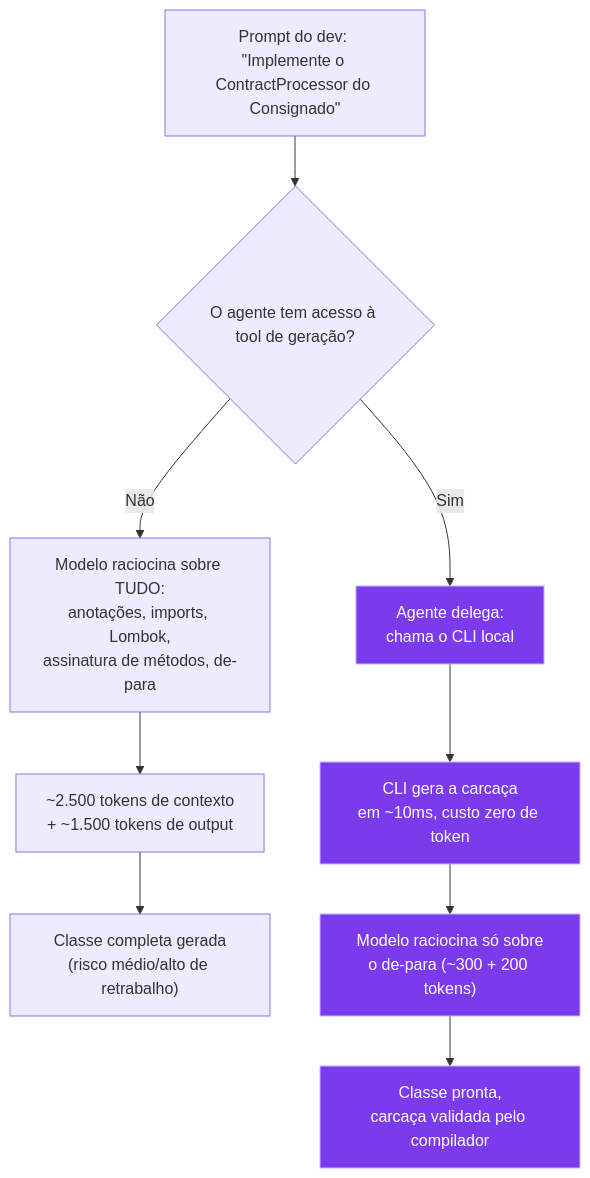
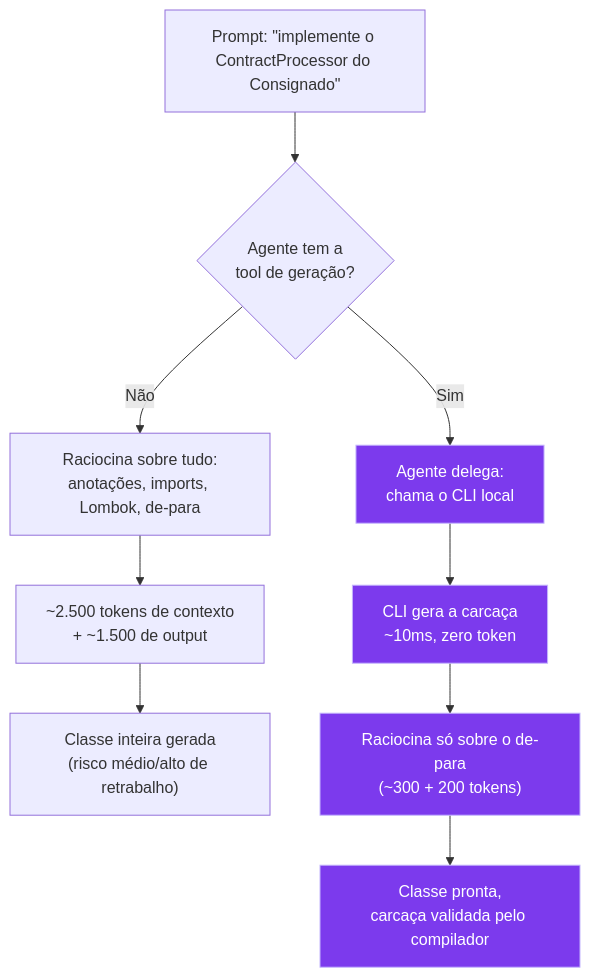
One commit to efagundes93/e1000tech changed the first of 2 diagrams in src/content/blog/devex-virou-centro-de-custo.md. Above: the diagram before and after it, drawn with Mermaid. The commit also changed other lines of this file and 2 other files, not shown here.

Commit message:
fix: diagramas mermaid não ficam mais gigantes
fontSize 18px -> 13px, config de flowchart mais compacta, e um reset que
impede o Tailwind Typography (.prose) de vazar line-height/margens pros
rótulos que o mermaid injeta em <foreignObject> — era isso que cortava a
última linha do texto dos nós. Rótulos dos dois diagramas enxugados.

Claude-Session: https://claude.ai/code/session_018etbTYcV5Kpv8GKwwX2Mw2

````diff
--- a/src/content/blog/devex-virou-centro-de-custo.md
+++ b/src/content/blog/devex-virou-centro-de-custo.md
@@ -167,20 +167,20 @@
 ```mermaid
 flowchart TD
-    P["Prompt do dev: #quot;Implemente o ContractProcessor do Consignado#quot;"]
+    P["Prompt: #quot;implemente o ContractProcessor do Consignado#quot;"]
 
-    P --> A{O agente tem acesso à tool de geração?}
+    P --> A{Agente tem a<br/>tool de geração?}
 
-    A -- Não --> B["Modelo raciocina sobre TUDO:<br/>anotações, imports, Lombok,<br/>assinatura de métodos, de-para"]
-    B --> C["~2.500 tokens de contexto<br/>+ ~1.500 tokens de output"]
-    C --> D["Classe completa gerada<br/>(risco médio/alto de retrabalho)"]
+    A -- Não --> B["Raciocina sobre tudo:<br/>anotações, imports, Lombok, de-para"]
+    B --> C["~2.500 tokens de contexto<br/>+ ~1.500 de output"]
+    C --> D["Classe inteira gerada<br/>(risco médio/alto de retrabalho)"]
 
     A -- Sim --> E["Agente delega:<br/>chama o CLI local"]
-    E --> F["CLI gera a carcaça<br/>em ~10ms, custo zero de token"]
-    F --> G["Modelo raciocina só sobre<br/>o de-para (~300 + 200 tokens)"]
+    E --> F["CLI gera a carcaça<br/>~10ms, zero token"]
+    F --> G["Raciocina só sobre o de-para<br/>(~300 + 200 tokens)"]
     G --> H["Classe pronta,<br/>carcaça validada pelo compilador"]
 
     style E fill:#7c3aed,stroke:#c4b5fd,stroke-width:1px,color:#fff
     style F fill:#7c3aed,stroke:#c4b5fd,stroke-width:1px,color:#fff
     style G fill:#7c3aed,stroke:#c4b5fd,stroke-width:1px,color:#fff
     style H fill:#7c3aed,stroke:#c4b5fd,stroke-width:1px,color:#fff
 ```
````
